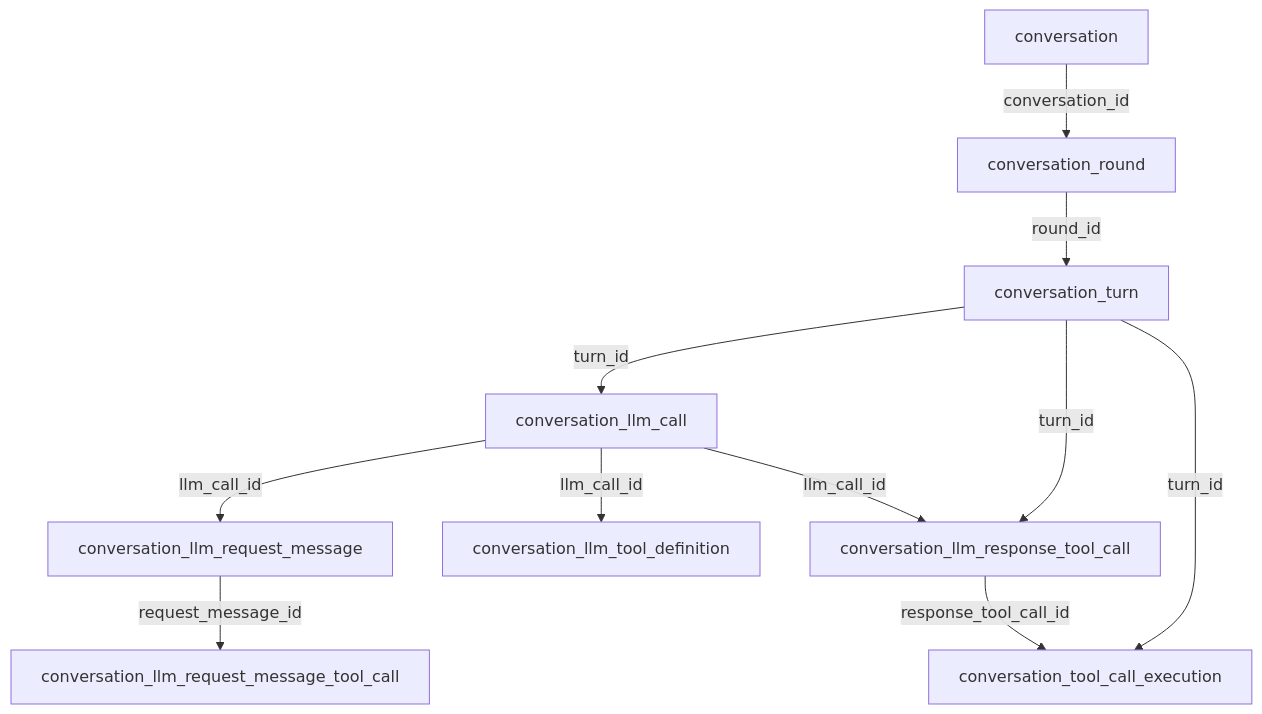
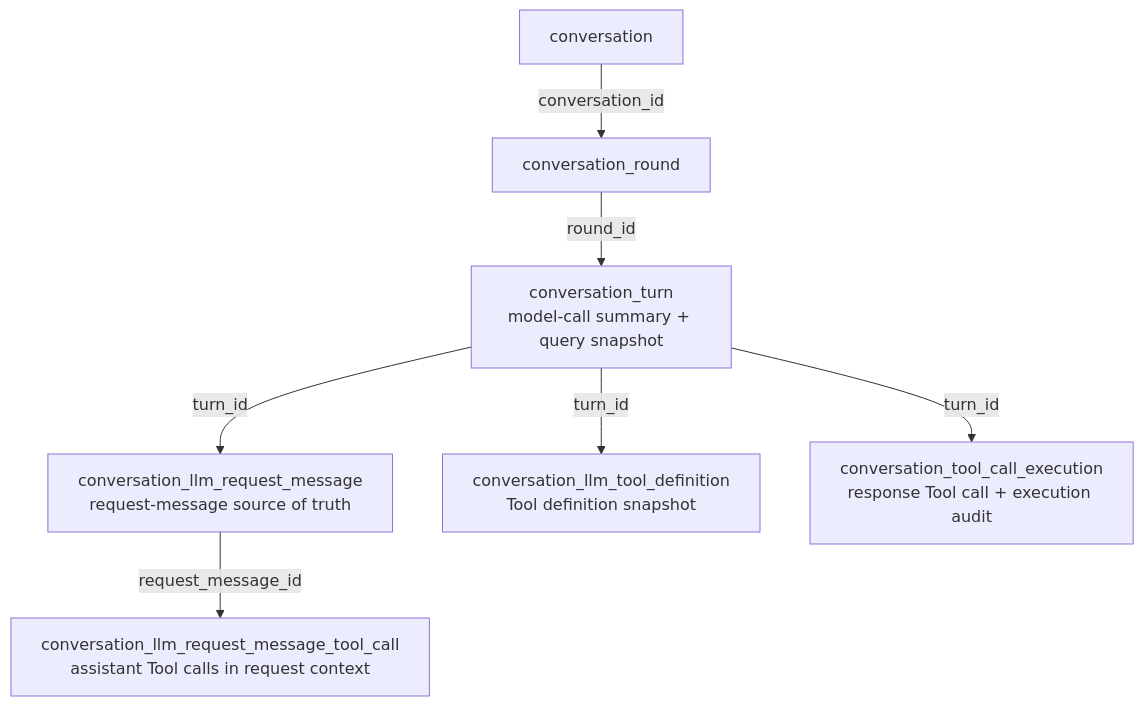
The diagram in docs/conversation-execution-persistence-relationships.md (Inspiration-Frontline/conversation-manager), drawn with Mermaid before and after one commit. The commit also changed other lines of this file and 37 other files, not shown here.

````diff
--- a/docs/conversation-execution-persistence-relationships.md
+++ b/docs/conversation-execution-persistence-relationships.md
@@ -48,23 +16,17 @@
 ```mermaid
 flowchart TD
     CONVERSATION["conversation"]
     ROUND["conversation_round"]
-    TURN["conversation_turn"]
-    LLM_CALL["conversation_llm_call"]
-    REQUEST_MESSAGE["conversation_llm_request_message"]
-    REQUEST_TOOL_CALL["conversation_llm_request_message_tool_call"]
-    TOOL_DEFINITION["conversation_llm_tool_definition"]
-    RESPONSE_TOOL_CALL["conversation_llm_response_tool_call"]
-    TOOL_EXECUTION["conversation_tool_call_execution"]
+    TURN["conversation_turn<br/>model-call summary + query snapshot"]
+    REQUEST_MESSAGE["conversation_llm_request_message<br/>request-message source of truth"]
+    REQUEST_TOOL_CALL["conversation_llm_request_message_tool_call<br/>assistant Tool calls in request context"]
+    TOOL_DEFINITION["conversation_llm_tool_definition<br/>Tool definition snapshot"]
+    TOOL_EXECUTION["conversation_tool_call_execution<br/>response Tool call + execution audit"]
 
     CONVERSATION -->|"conversation_id"| ROUND
     ROUND -->|"round_id"| TURN
-    TURN -->|"turn_id"| LLM_CALL
-    LLM_CALL -->|"llm_call_id"| REQUEST_MESSAGE
+    TURN -->|"turn_id"| REQUEST_MESSAGE
     REQUEST_MESSAGE -->|"request_message_id"| REQUEST_TOOL_CALL
-    LLM_CALL -->|"llm_call_id"| TOOL_DEFINITION
-    LLM_CALL -->|"llm_call_id"| RESPONSE_TOOL_CALL
-    TURN -->|"turn_id"| RESPONSE_TOOL_CALL
+    TURN -->|"turn_id"| TOOL_DEFINITION
     TURN -->|"turn_id"| TOOL_EXECUTION
-    RESPONSE_TOOL_CALL -->|"response_tool_call_id"| TOOL_EXECUTION
 ```
````
